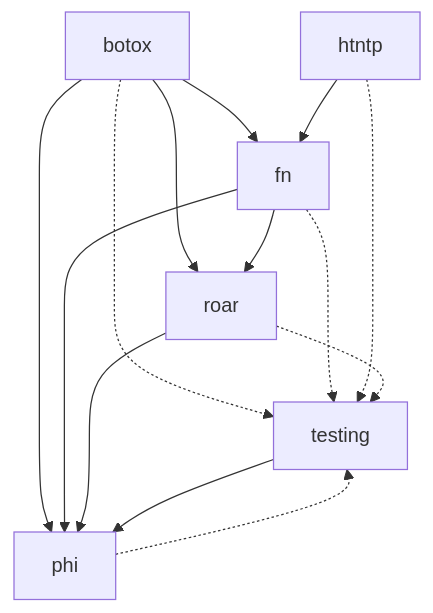
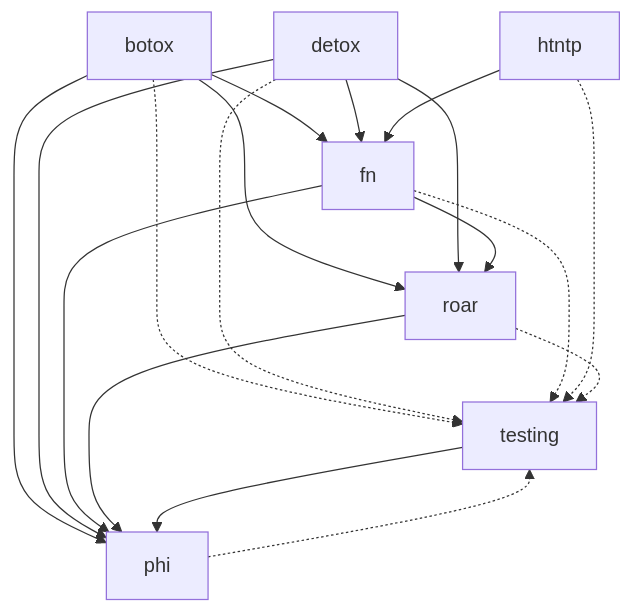
Before and after one commit to SamuelCabralCruz/going: the diagram in README.md, drawn with Mermaid. The commit also changed other lines of this file and 10 other files, not shown here.

````diff
--- a/README.md
+++ b/README.md
@@ -33,29 +35,35 @@
 ```mermaid
 graph TB
 ;
     BOTOX[botox];
+    DETOX[detox];
     FN[fn];
     HTNTP[htntp];
     PHI[phi];
     ROAR[roar];
     TESTING[testing];
 
     BOTOX -.-> TESTING;
+    DETOX -.-> TESTING;
     FN -.-> TESTING;
     HTNTP -.-> TESTING;
     PHI -.-> TESTING;
     ROAR -.-> TESTING;
 
     BOTOX --> FN;
     BOTOX --> PHI;
     BOTOX --> ROAR;
+    
+    DETOX --> FN;
+    DETOX --> PHI;
+    DETOX --> ROAR;
     
     FN --> PHI;
     FN --> ROAR;
     
     HTNTP --> FN;
     
     ROAR --> PHI;
     
     TESTING --> PHI;
 ```
````
